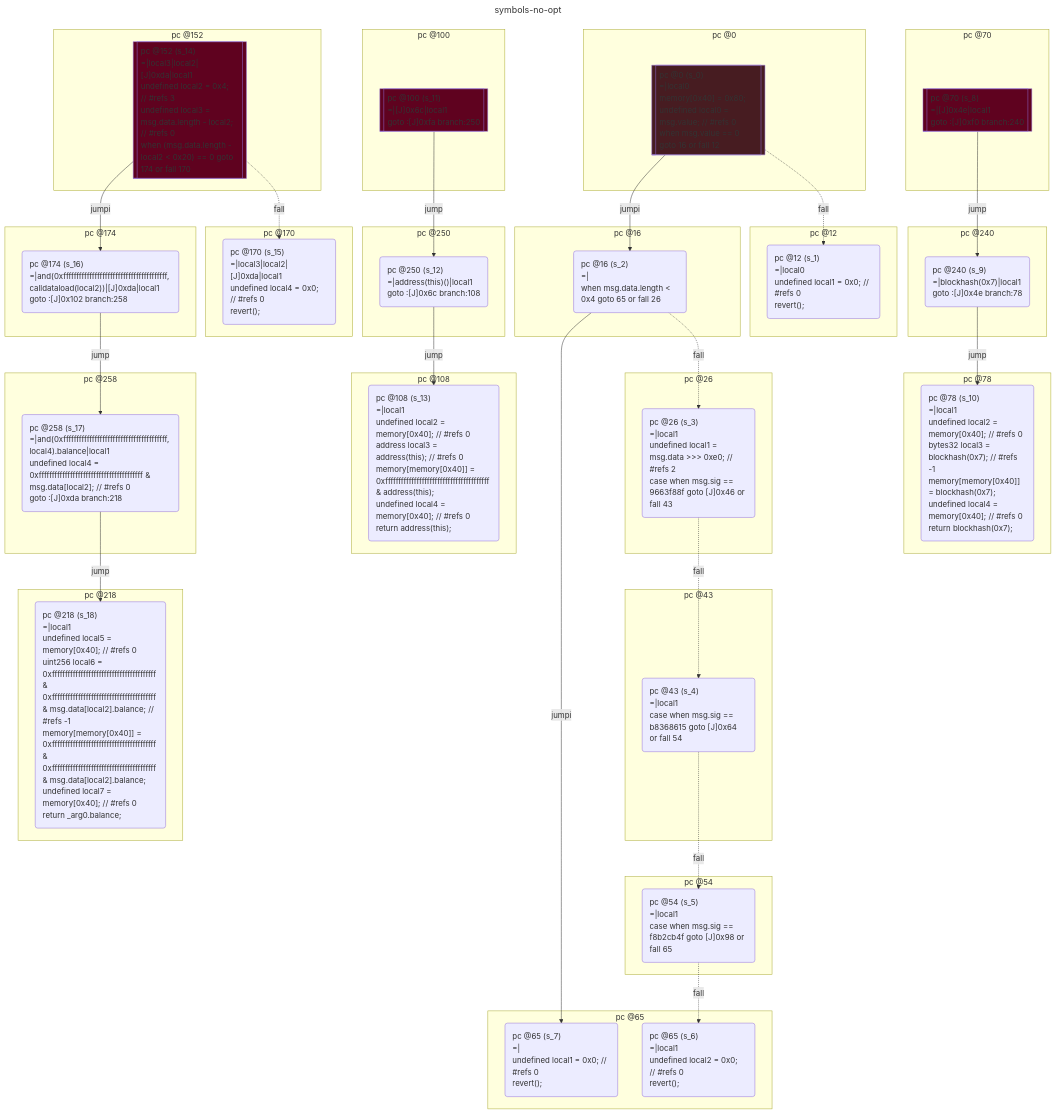
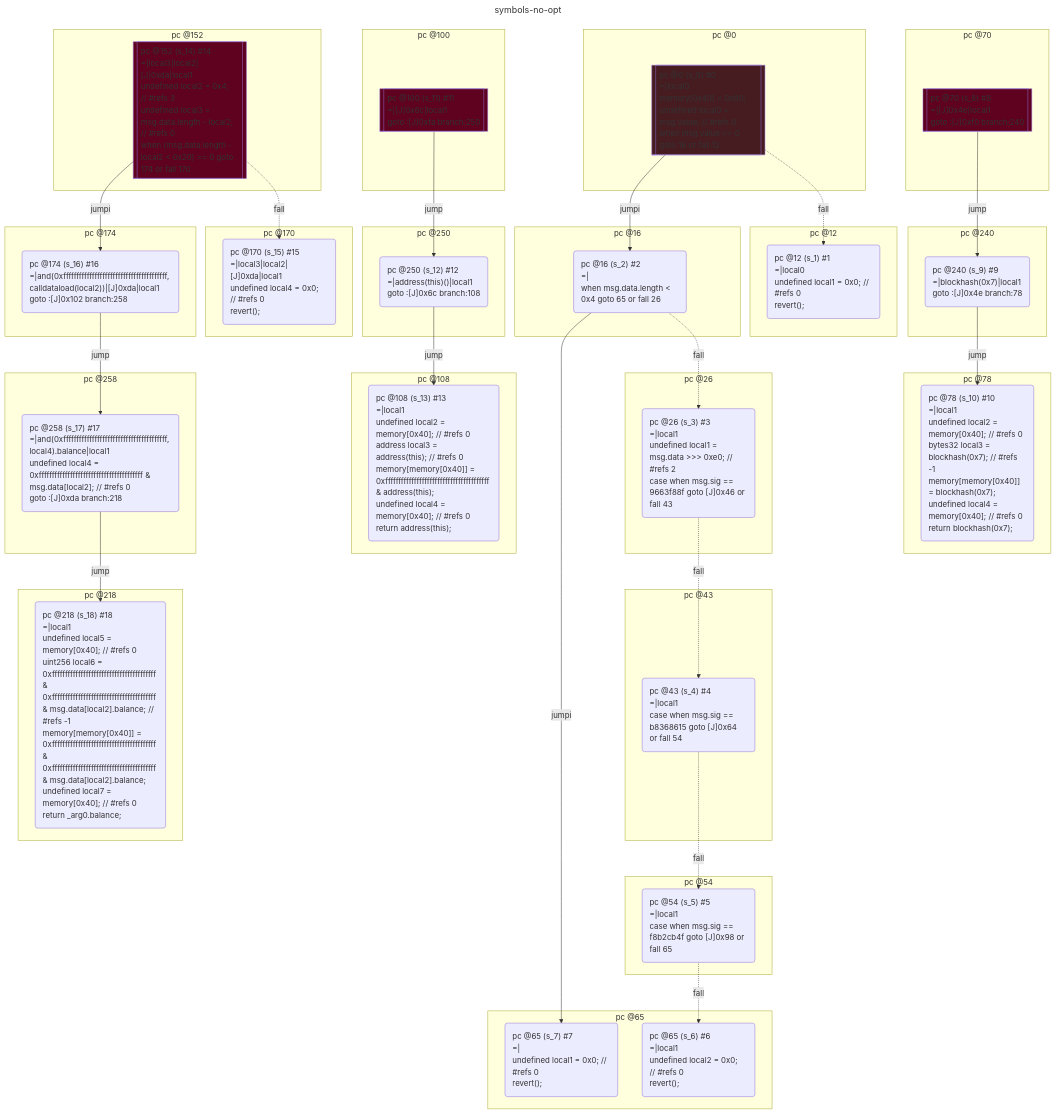
Before and after one commit to acuarica/evm: the first of 2 diagrams in test/__snapshots__/contracts/dispatch/symbols.snap.md, drawn with Mermaid. The commit also changed other lines of this file and 18 other files, not shown here.

```diff
--- a/test/__snapshots__/contracts/dispatch/symbols.snap.md
+++ b/test/__snapshots__/contracts/dispatch/symbols.snap.md
@@ -112,7 +112,7 @@
 flowchart TD
   classDef state text-align:left
   subgraph cluster_0 ["pc @0"]
-    s_0[["pc @0 (s_0)
+    s_0[["pc @0 (s_0) #0
 =|local0
 memory[0x40] = 0x80;
 undefined local0 = msg.value; // #refs 0
@@ -122,7 +122,7 @@
     style s_0 fill:#471C21
   end
   subgraph cluster_12 ["pc @12"]
-    s_1("pc @12 (s_1)
+    s_1("pc @12 (s_1) #1
 =|local0
 undefined local1 = 0x0; // #refs 0
 revert();
@@ -130,14 +130,14 @@
     class s_1 state
   end
   subgraph cluster_16 ["pc @16"]
-    s_2("pc @16 (s_2)
+    s_2("pc @16 (s_2) #2
 =|
 when msg.data.length < 0x4 goto 65 or fall 26
 ")
     class s_2 state
   end
   subgraph cluster_26 ["pc @26"]
-    s_3("pc @26 (s_3)
+    s_3("pc @26 (s_3) #3
 =|local1
 undefined local1 = msg.data >>> 0xe0; // #refs 2
 case when msg.sig == 9663f88f goto [J]0x46 or fall 43
@@ -145,27 +145,27 @@
     class s_3 state
   end
   subgraph cluster_43 ["pc @43"]
-    s_4("pc @43 (s_4)
+    s_4("pc @43 (s_4) #4
 =|local1
 case when msg.sig == b8368615 goto [J]0x64 or fall 54
 ")
     class s_4 state
   end
   subgraph cluster_54 ["pc @54"]
-    s_5("pc @54 (s_5)
+    s_5("pc @54 (s_5) #5
 =|local1
 case when msg.sig == f8b2cb4f goto [J]0x98 or fall 65
 ")
     class s_5 state
   end
   subgraph cluster_65 ["pc @65"]
-    s_6("pc @65 (s_6)
+    s_6("pc @65 (s_6) #6
 =|local1
 undefined local2 = 0x0; // #refs 0
 revert();
 ")
     class s_6 state
-    s_7("pc @65 (s_7)
+    s_7("pc @65 (s_7) #7
 =|
 undefined local1 = 0x0; // #refs 0
 revert();
@@ -173,7 +173,7 @@
     class s_7 state
   end
   subgraph cluster_70 ["pc @70"]
-    s_8[["pc @70 (s_8)
+    s_8[["pc @70 (s_8) #8
 =|[J]0x4e|local1
 goto :[J]0xf0 branch:240
 "]]
@@ -181,14 +181,14 @@
     style s_8 fill:#5F021F
   end
   subgraph cluster_240 ["pc @240"]
-    s_9("pc @240 (s_9)
+    s_9("pc @240 (s_9) #9
 =|blockhash(0x7)|local1
 goto :[J]0x4e branch:78
 ")
     class s_9 state
   end
   subgraph cluster_78 ["pc @78"]
-    s_10("pc @78 (s_10)
+    s_10("pc @78 (s_10) #10
 =|local1
 undefined local2 = memory[0x40]; // #refs 0
 bytes32 local3 = blockhash(0x7); // #refs -1
@@ -199,7 +199,7 @@
     class s_10 state
   end
   subgraph cluster_100 ["pc @100"]
-    s_11[["pc @100 (s_11)
+    s_11[["pc @100 (s_11) #11
 =|[J]0x6c|local1
 goto :[J]0xfa branch:250
 "]]
@@ -207,14 +207,14 @@
     style s_11 fill:#5F021F
   end
   subgraph cluster_250 ["pc @250"]
-    s_12("pc @250 (s_12)
+    s_12("pc @250 (s_12) #12
 =|address(this)()|local1
 goto :[J]0x6c branch:108
 ")
     class s_12 state
   end
   subgraph cluster_108 ["pc @108"]
-    s_13("pc @108 (s_13)
+    s_13("pc @108 (s_13) #13
 =|local1
 undefined local2 = memory[0x40]; // #refs 0
 address local3 = address(this); // #refs 0
@@ -225,7 +225,7 @@
     class s_13 state
   end
   subgraph cluster_152 ["pc @152"]
-    s_14[["pc @152 (s_14)
+    s_14[["pc @152 (s_14) #14
 =|local3|local2|[J]0xda|local1
 undefined local2 = 0x4; // #refs 3
 undefined local3 = msg.data.length - local2; // #refs 0
@@ -235,7 +235,7 @@
     style s_14 fill:#5F021F
   end
   subgraph cluster_170 ["pc @170"]
-    s_15("pc @170 (s_15)
+    s_15("pc @170 (s_15) #15
 =|local3|local2|[J]0xda|local1
 undefined local4 = 0x0; // #refs 0
 revert();
@@ -243,14 +243,14 @@
     class s_15 state
   end
   subgraph cluster_174 ["pc @174"]
-    s_16("pc @174 (s_16)
+    s_16("pc @174 (s_16) #16
 =|and(0xffffffffffffffffffffffffffffffffffffffff, calldataload(local2))|[J]0xda|local1
 goto :[J]0x102 branch:258
 ")
     class s_16 state
   end
   subgraph cluster_258 ["pc @258"]
-    s_17("pc @258 (s_17)
+    s_17("pc @258 (s_17) #17
 =|and(0xffffffffffffffffffffffffffffffffffffffff, local4).balance|local1
 undefined local4 = 0xffffffffffffffffffffffffffffffffffffffff & msg.data[local2]; // #refs 0
 goto :[J]0xda branch:218
@@ -258,7 +258,7 @@
     class s_17 state
   end
   subgraph cluster_218 ["pc @218"]
-    s_18("pc @218 (s_18)
+    s_18("pc @218 (s_18) #18
 =|local1
 undefined local5 = memory[0x40]; // #refs 0
 uint256 local6 = 0xffffffffffffffffffffffffffffffffffffffff & 0xffffffffffffffffffffffffffffffffffffffff & msg.data[local2].balance; // #refs -1
```
